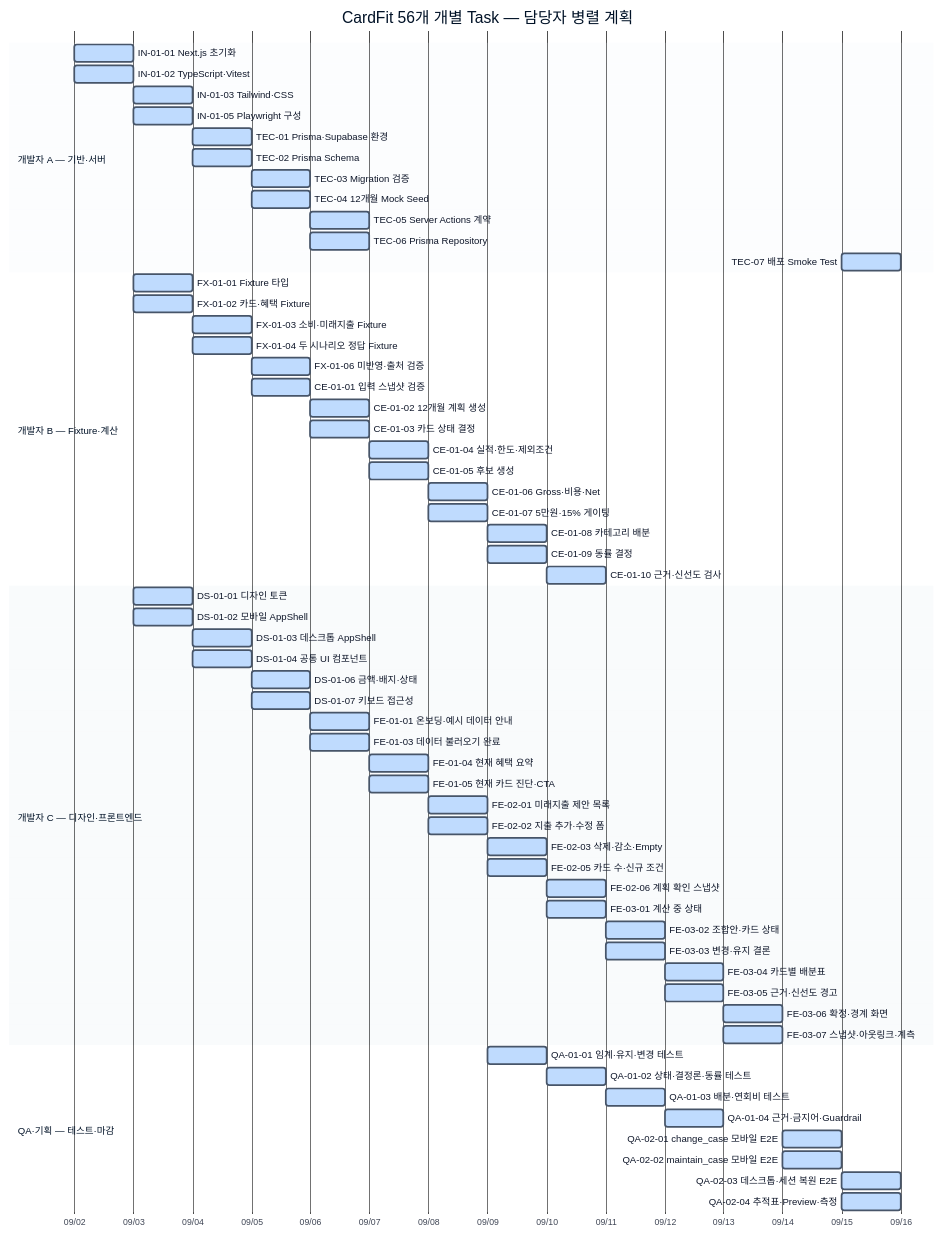
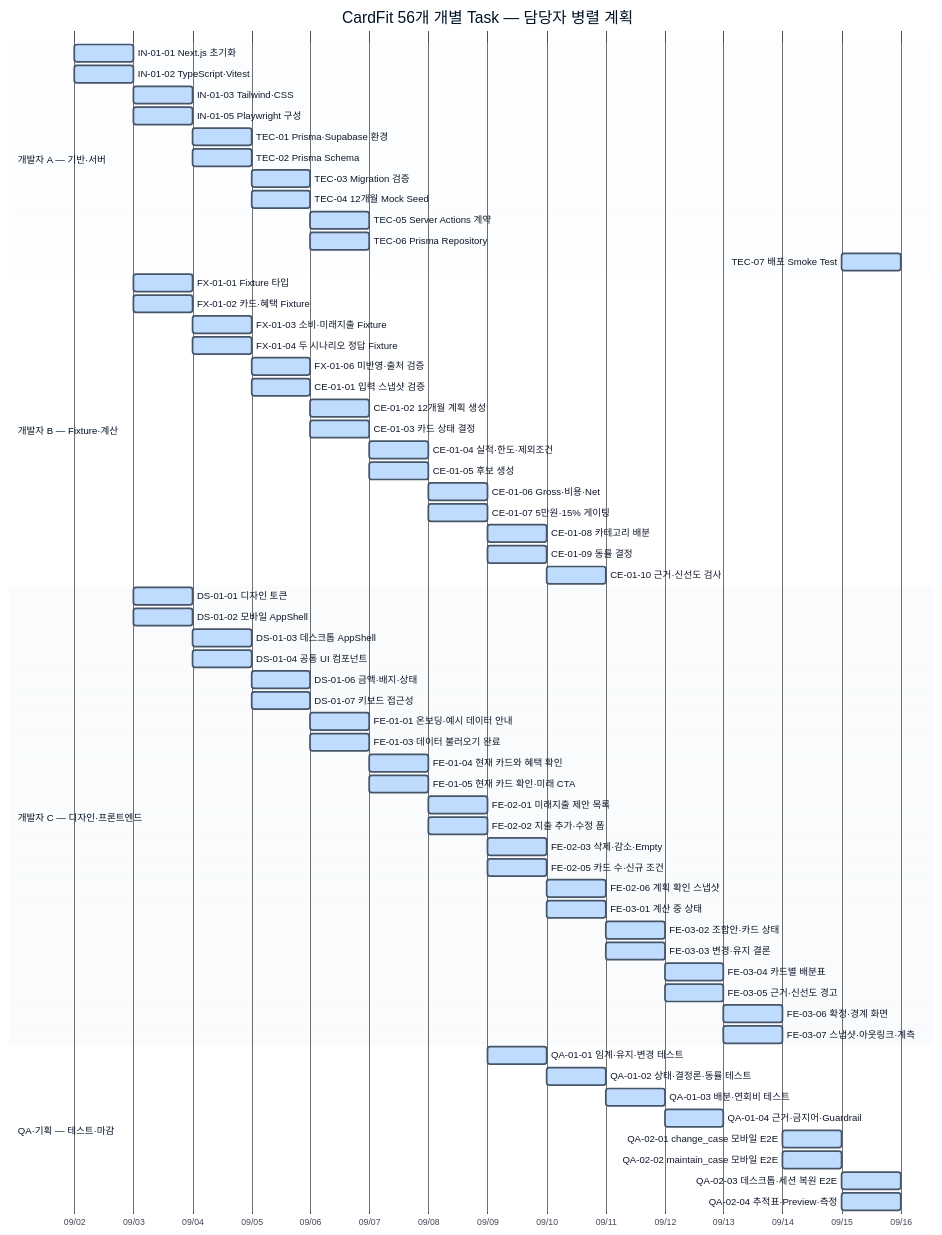
One commit to maybeaj/cardfit changed the second of 2 diagrams in docs/tasks/DEPENDENCY_GANTT.md. Above: the diagram before and after it, drawn with Mermaid. The commit also changed 27 other files, not shown here.

````diff
--- a/docs/tasks/DEPENDENCY_GANTT.md
+++ b/docs/tasks/DEPENDENCY_GANTT.md
@@ -65,71 +65,71 @@
 ```mermaid
 %%{init: {"theme":"base", "themeVariables": {"primaryColor":"#bfdbfe", "primaryTextColor":"#0f172a", "primaryBorderColor":"#475569", "taskBkgColor":"#bfdbfe", "taskTextColor":"#0f172a", "taskTextOutsideColor":"#0f172a", "critBkgColor":"#fecaca", "critBorderColor":"#dc2626", "activeTaskBkgColor":"#fed7aa", "activeTaskBorderColor":"#ea580c", "sectionBkgColor":"#f1f5f9", "sectionBkgColor2":"#e2e8f0"}}}%%
 gantt
     title CardFit 56개 개별 Task — 담당자 병렬 계획
     dateFormat  YYYY-MM-DD
     axisFormat  %m/%d
 
     section 개발자 A — 기반·서버
     IN-01-01 Next.js 초기화 :a01, 2026-09-02, 0.5d
     IN-01-02 TypeScript·Vitest :a02, 2026-09-02, 0.5d
     IN-01-03 Tailwind·CSS :a03, 2026-09-03, 0.5d
     IN-01-05 Playwright 구성 :a04, 2026-09-03, 0.5d
     TEC-01 Prisma·Supabase 환경 :a05, 2026-09-04, 0.5d
     TEC-02 Prisma Schema :a06, 2026-09-04, 0.5d
     TEC-03 Migration 검증 :a07, 2026-09-05, 0.5d
     TEC-04 12개월 Mock Seed :a08, 2026-09-05, 0.5d
     TEC-05 Server Actions 계약 :a09, 2026-09-06, 0.5d
     TEC-06 Prisma Repository :a10, 2026-09-06, 0.5d
     TEC-07 배포 Smoke Test :a11, 2026-09-15, 0.5d
 
     section 개발자 B — Fixture·계산
     FX-01-01 Fixture 타입 :b01, 2026-09-03, 0.5d
     FX-01-02 카드·혜택 Fixture :b02, 2026-09-03, 0.5d
     FX-01-03 소비·미래지출 Fixture :b03, 2026-09-04, 0.5d
     FX-01-04 두 시나리오 정답 Fixture :b04, 2026-09-04, 0.5d
     FX-01-06 미반영·출처 검증 :b05, 2026-09-05, 0.5d
     CE-01-01 입력 스냅샷 검증 :b06, 2026-09-05, 0.5d
     CE-01-02 12개월 계획 생성 :b07, 2026-09-06, 0.5d
     CE-01-03 카드 상태 결정 :b08, 2026-09-06, 0.5d
     CE-01-04 실적·한도·제외조건 :b09, 2026-09-07, 0.5d
     CE-01-05 후보 생성 :b10, 2026-09-07, 0.5d
     CE-01-06 Gross·비용·Net :b11, 2026-09-08, 0.5d
     CE-01-07 5만원·15% 게이팅 :b12, 2026-09-08, 0.5d
     CE-01-08 카테고리 배분 :b13, 2026-09-09, 0.5d
     CE-01-09 동률 결정 :b14, 2026-09-09, 0.5d
     CE-01-10 근거·신선도 검사 :b15, 2026-09-10, 0.5d
 
     section 개발자 C — 디자인·프론트엔드
     DS-01-01 디자인 토큰 :c01, 2026-09-03, 0.5d
     DS-01-02 모바일 AppShell :c02, 2026-09-03, 0.5d
     DS-01-03 데스크톱 AppShell :c03, 2026-09-04, 0.5d
     DS-01-04 공통 UI 컴포넌트 :c04, 2026-09-04, 0.5d
     DS-01-06 금액·배지·상태 :c05, 2026-09-05, 0.5d
     DS-01-07 키보드 접근성 :c06, 2026-09-05, 0.5d
     FE-01-01 온보딩·예시 데이터 안내 :c07, 2026-09-06, 0.5d
     FE-01-03 데이터 불러오기 완료 :c08, 2026-09-06, 0.5d
-    FE-01-04 현재 혜택 요약 :c09, 2026-09-07, 0.5d
-    FE-01-05 현재 카드 진단·CTA :c10, 2026-09-07, 0.5d
+    FE-01-04 현재 카드와 혜택 확인 :c09, 2026-09-07, 0.5d
+    FE-01-05 현재 카드 확인·미래 CTA :c10, 2026-09-07, 0.5d
     FE-02-01 미래지출 제안 목록 :c11, 2026-09-08, 0.5d
     FE-02-02 지출 추가·수정 폼 :c12, 2026-09-08, 0.5d
     FE-02-03 삭제·감소·Empty :c13, 2026-09-09, 0.5d
     FE-02-05 카드 수·신규 조건 :c14, 2026-09-09, 0.5d
     FE-02-06 계획 확인 스냅샷 :c15, 2026-09-10, 0.5d
     FE-03-01 계산 중 상태 :c16, 2026-09-10, 0.5d
     FE-03-02 조합안·카드 상태 :c17, 2026-09-11, 0.5d
     FE-03-03 변경·유지 결론 :c18, 2026-09-11, 0.5d
     FE-03-04 카드별 배분표 :c19, 2026-09-12, 0.5d
     FE-03-05 근거·신선도 경고 :c20, 2026-09-12, 0.5d
     FE-03-06 확정·경계 화면 :c21, 2026-09-13, 0.5d
     FE-03-07 스냅샷·아웃링크·계측 :c22, 2026-09-13, 0.5d
 
     section QA·기획 — 테스트·마감
     QA-01-01 임계·유지·변경 테스트 :q01, 2026-09-09, 0.5d
     QA-01-02 상태·결정론·동률 테스트 :q02, 2026-09-10, 0.5d
     QA-01-03 배분·연회비 테스트 :q03, 2026-09-11, 0.5d
     QA-01-04 근거·금지어·Guardrail :q04, 2026-09-12, 0.5d
     QA-02-01 change_case 모바일 E2E :q05, 2026-09-14, 0.5d
     QA-02-02 maintain_case 모바일 E2E :q06, 2026-09-14, 0.5d
     QA-02-03 데스크톱·세션 복원 E2E :q07, 2026-09-15, 0.5d
     QA-02-04 추적표·Preview·측정 :q08, 2026-09-15, 0.5d
 ```
````
